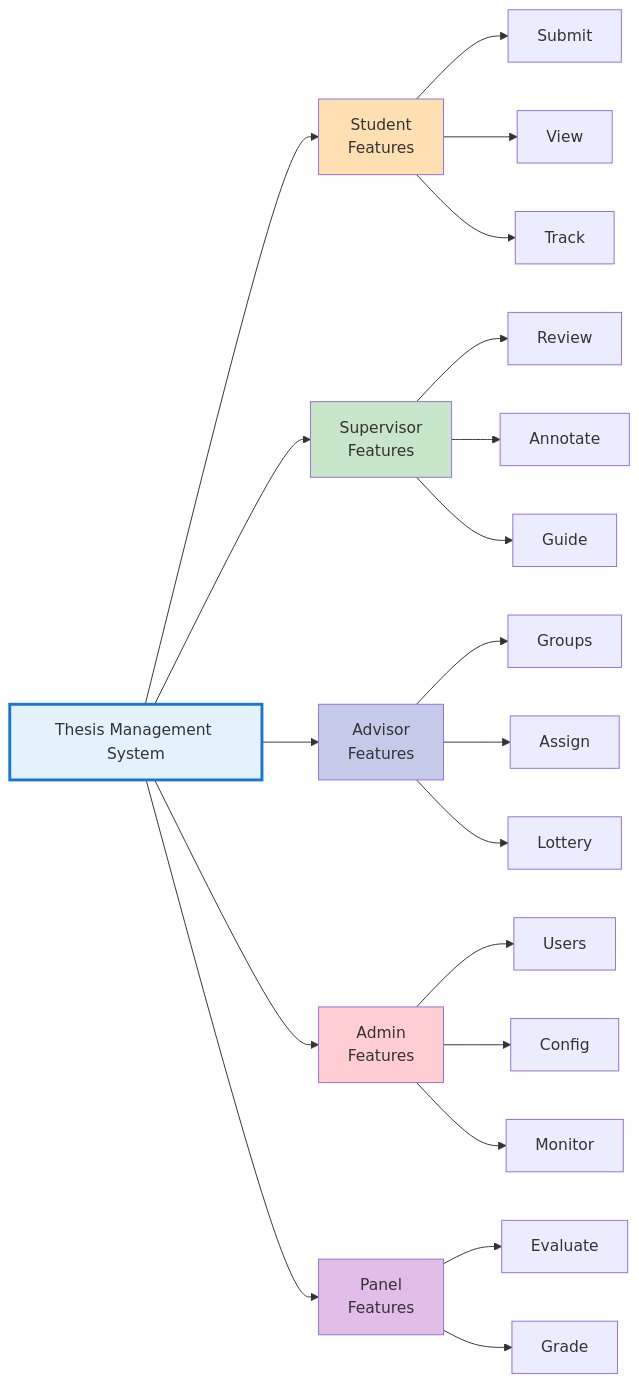
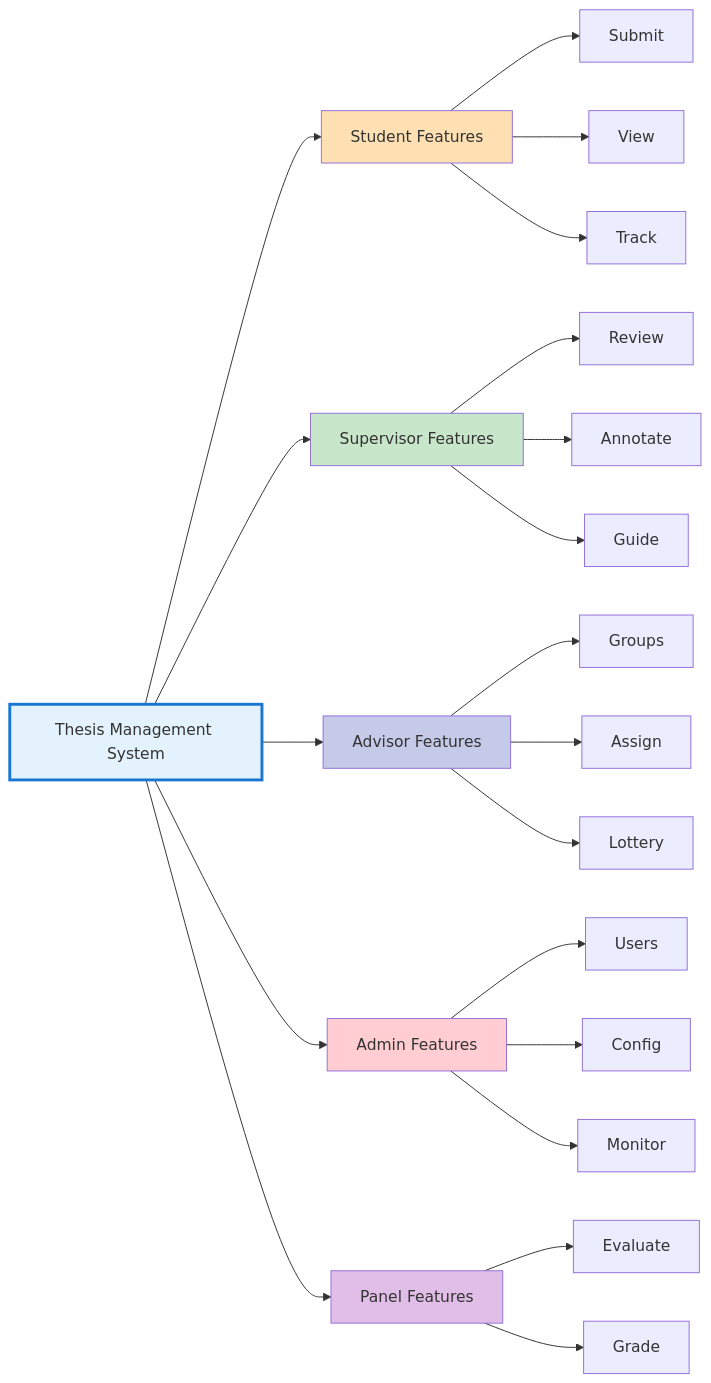
Before and after one commit to abdullah2323442/thesisrepo-backup: the second of 2 diagrams in documentation/activity-diagrams/activity-mermaid/16-use-case-ultra-compact.md, drawn with Mermaid.

Commit message:
Refactor feature labels in use case diagram for improved readability

````diff
--- a/documentation/activity-diagrams/activity-mermaid/16-use-case-ultra-compact.md
+++ b/documentation/activity-diagrams/activity-mermaid/16-use-case-ultra-compact.md
@@ -38,36 +38,36 @@
 ```mermaid
 graph LR
     TMS[Thesis Management System]
     
-    TMS --> S[Student<br/>Features]
-    TMS --> T[Supervisor<br/>Features]
-    TMS --> A[Advisor<br/>Features]
-    TMS --> D[Admin<br/>Features]
-    TMS --> P[Panel<br/>Features]
+    TMS --> S[Student Features]
+    TMS --> T[Supervisor Features]
+    TMS --> A[Advisor Features]
+    TMS --> D[Admin Features]
+    TMS --> P[Panel Features]
     
     S --> S1[Submit]
     S --> S2[View]
     S --> S3[Track]
     
     T --> T1[Review]
     T --> T2[Annotate]
     T --> T3[Guide]
     
     A --> A1[Groups]
     A --> A2[Assign]
     A --> A3[Lottery]
     
     D --> D1[Users]
     D --> D2[Config]
     D --> D3[Monitor]
     
     P --> P1[Evaluate]
     P --> P2[Grade]
     
     style TMS fill:#E3F2FD,stroke:#1976D2,stroke-width:3px
     style S fill:#FFE0B2
     style T fill:#C8E6C9
     style A fill:#C5CAE9
     style D fill:#FFCDD2
     style P fill:#E1BEE7
 ```
````
